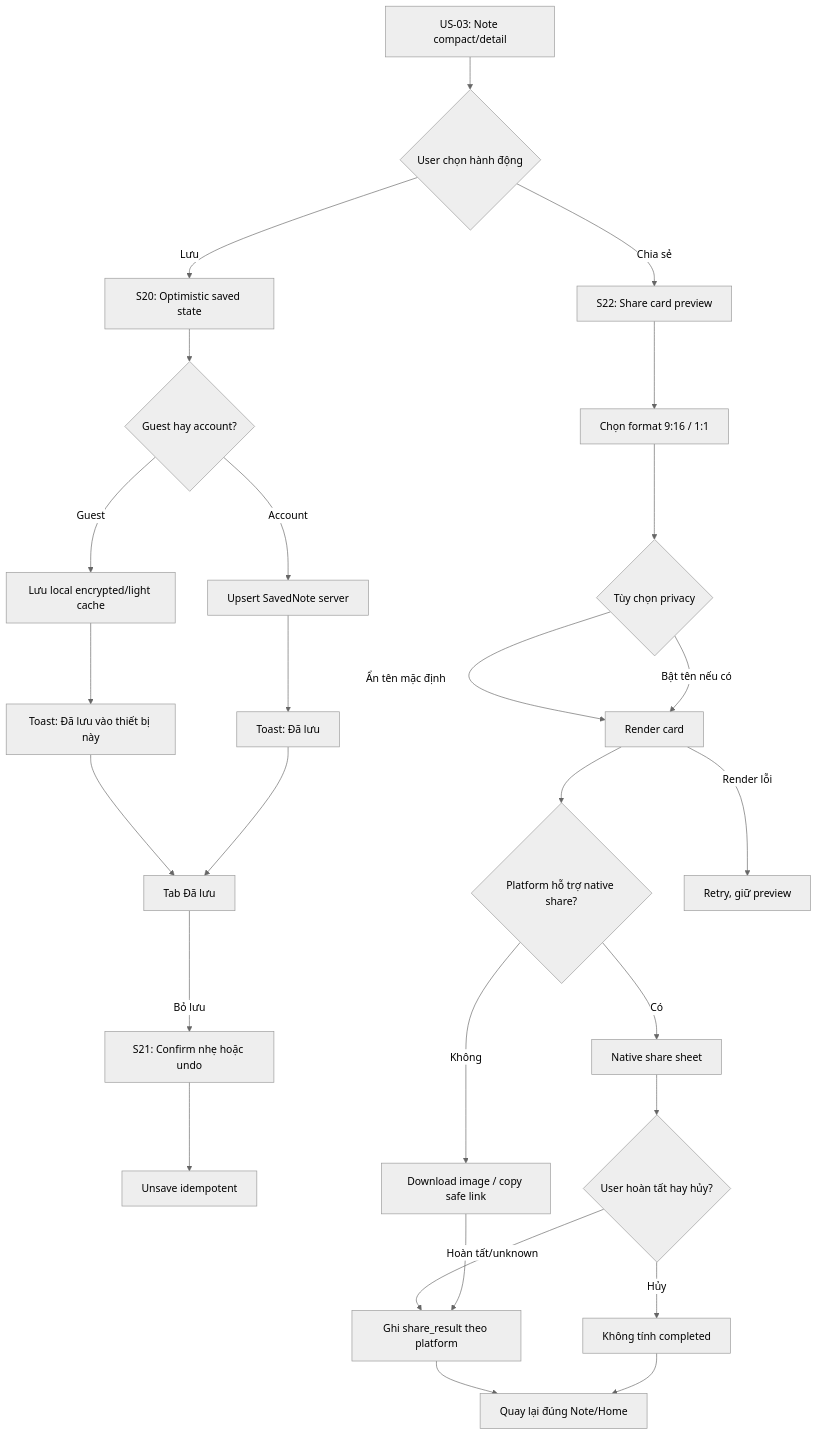
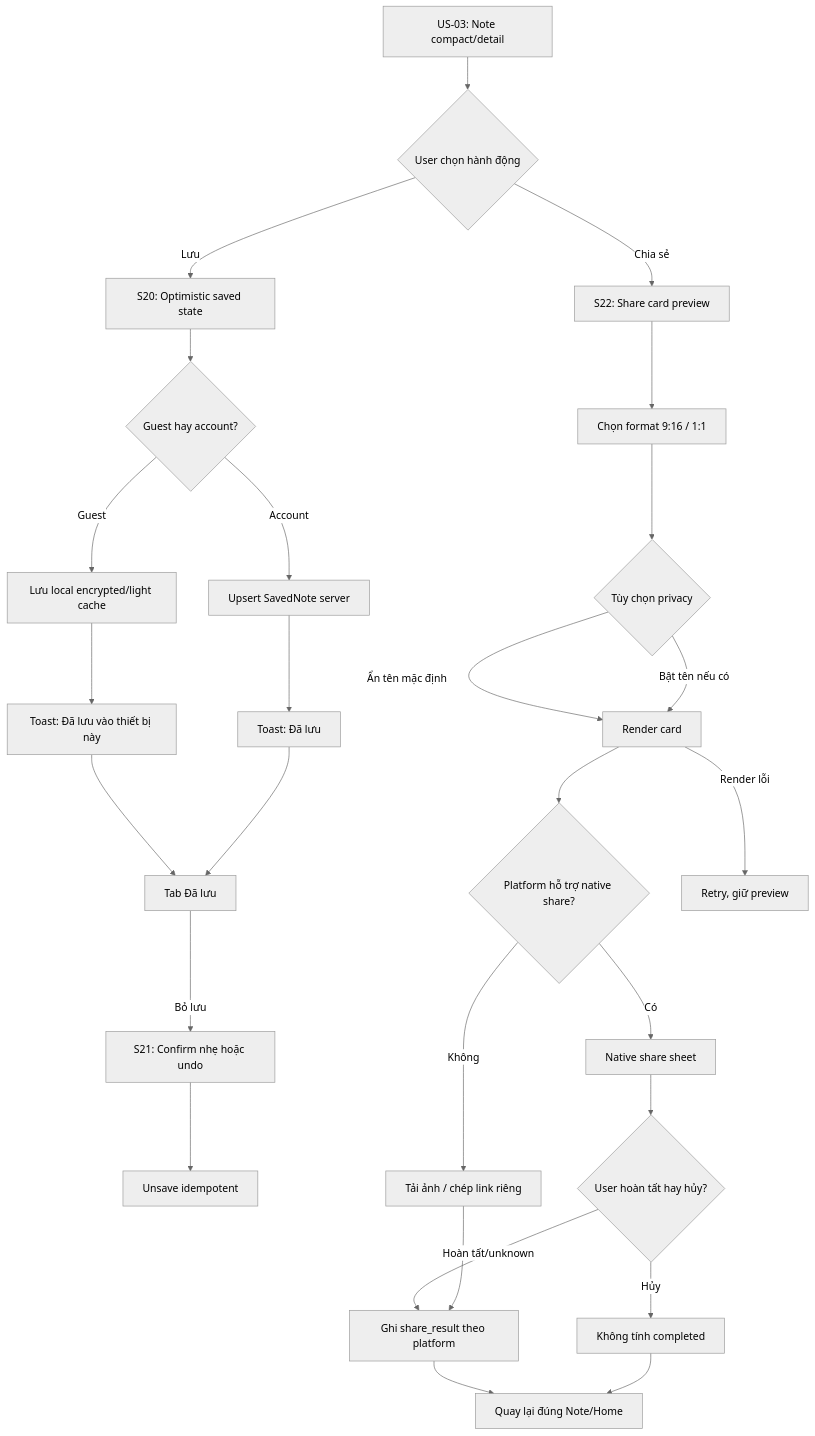
One commit to honghanh153-creator/la-lanh changed the diagram in docs/user-stories/US-05-luu-va-chia-se-note.md. Above: the diagram before and after it, drawn with Mermaid (neutral theme). The commit also changed other lines of this file and 3 other files, not shown here.

````diff
--- a/docs/user-stories/US-05-luu-va-chia-se-note.md
+++ b/docs/user-stories/US-05-luu-va-chia-se-note.md
@@ -39,28 +39,28 @@
 ```mermaid
 flowchart TD
   A["US-03: Note compact/detail"] --> B{"User chọn hành động"}
   B -->|Lưu| C["S20: Optimistic saved state"]
   C --> D{"Guest hay account?"}
   D -->|Guest| E["Lưu local encrypted/light cache"]
   D -->|Account| F["Upsert SavedNote server"]
   E --> G["Toast: Đã lưu vào thiết bị này"]
   F --> H["Toast: Đã lưu"]
   G --> I["Tab Đã lưu"]
   H --> I
   I -->|Bỏ lưu| J["S21: Confirm nhẹ hoặc undo"] --> K["Unsave idempotent"]
   B -->|Chia sẻ| L["S22: Share card preview"]
   L --> M["Chọn format 9:16 / 1:1"]
   M --> N{"Tùy chọn privacy"}
   N -->|Ẩn tên mặc định| O["Render card"]
   N -->|Bật tên nếu có| O
   O --> P{"Platform hỗ trợ native share?"}
   P -->|Có| Q["Native share sheet"]
-  P -->|Không| R["Download image / copy safe link"]
+  P -->|Không| R["Tải ảnh / chép link riêng"]
   Q --> S{"User hoàn tất hay hủy?"}
   S -->|Hoàn tất/unknown| T["Ghi share_result theo platform"]
   S -->|Hủy| U["Không tính completed"]
   R --> T
   T --> V["Quay lại đúng Note/Home"]
   U --> V
   O -->|Render lỗi| W["Retry, giữ preview"]
 ```
````
